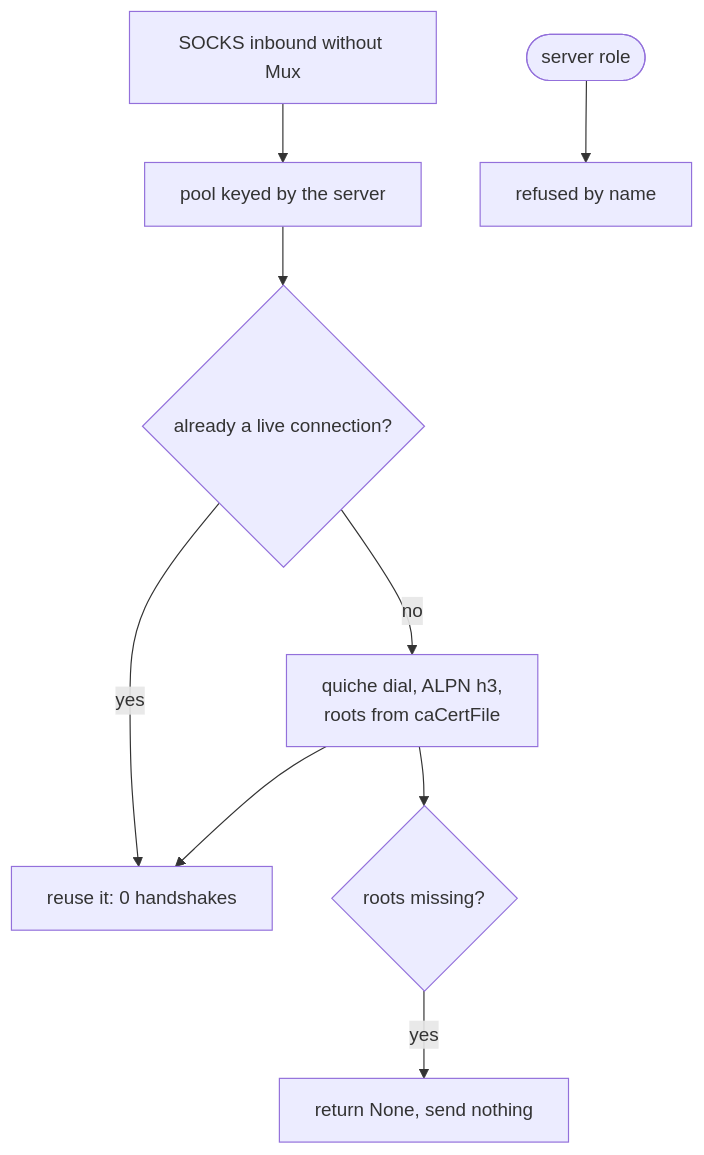
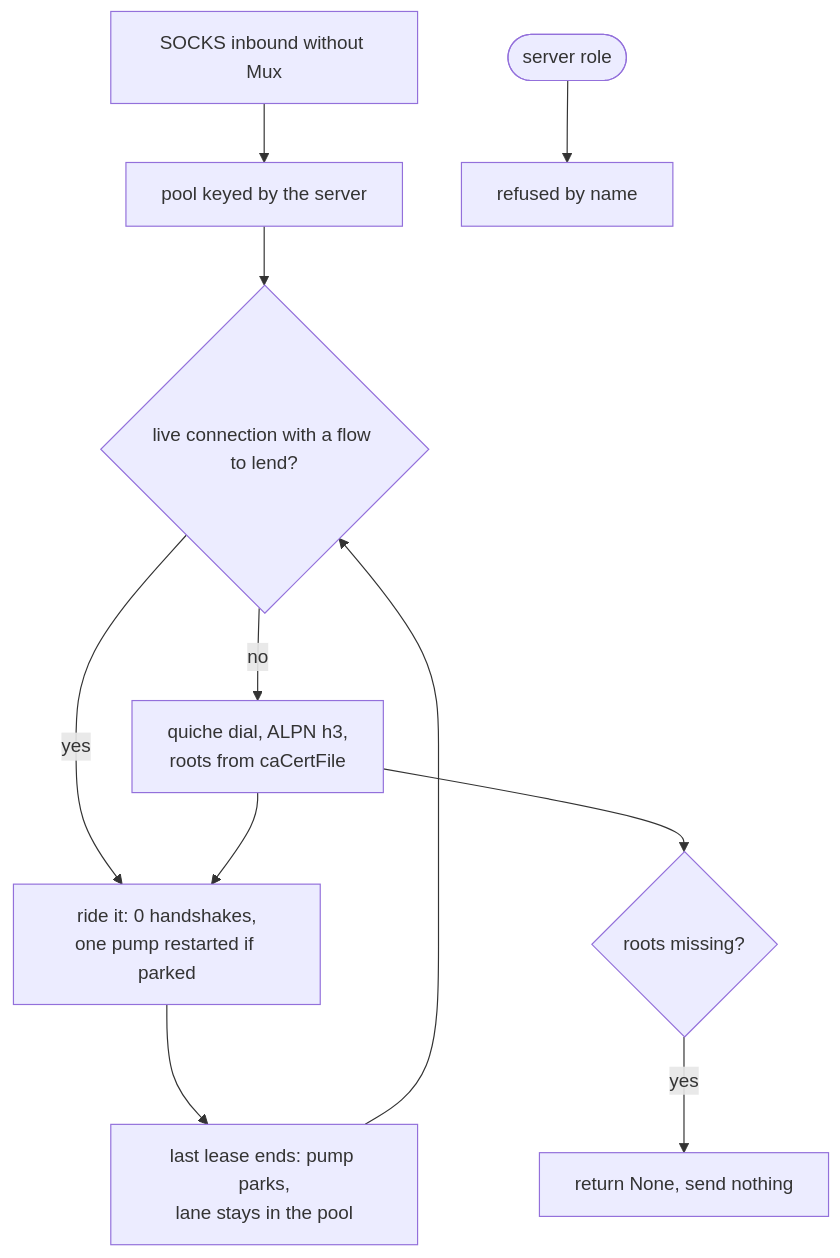
Before and after one commit to Ferrocite/ferrox: the diagram in docs/function/carrier-quic.md, drawn with Mermaid. The commit also changed other lines of this file and 6 other files, not shown here.

First line of the commit message:
quic: park the lane when its last lease ends, so the next flow rides the handshake

````diff
--- a/docs/function/carrier-quic.md
+++ b/docs/function/carrier-quic.md
@@ -13,11 +17,13 @@
 ```mermaid
 graph TD
     S["SOCKS inbound without Mux"] --> P["pool keyed by the server"]
-    P --> Q{"already a live connection?"}
-    Q -- yes --> U["reuse it: 0 handshakes"]
+    P --> Q{"live connection with a flow to lend?"}
+    Q -- yes --> U["ride it: 0 handshakes,<br/>one pump restarted if parked"]
     Q -- no --> D["quiche dial, ALPN h3,<br/>roots from caCertFile"]
     D --> U
+    U --> K["last lease ends: pump parks,<br/>lane stays in the pool"]
+    K --> Q
     D --> N{"roots missing?"}
     N -- yes --> X["return None, send nothing"]
     H(["server role"]) --> R["refused by name"]
 ```
````
